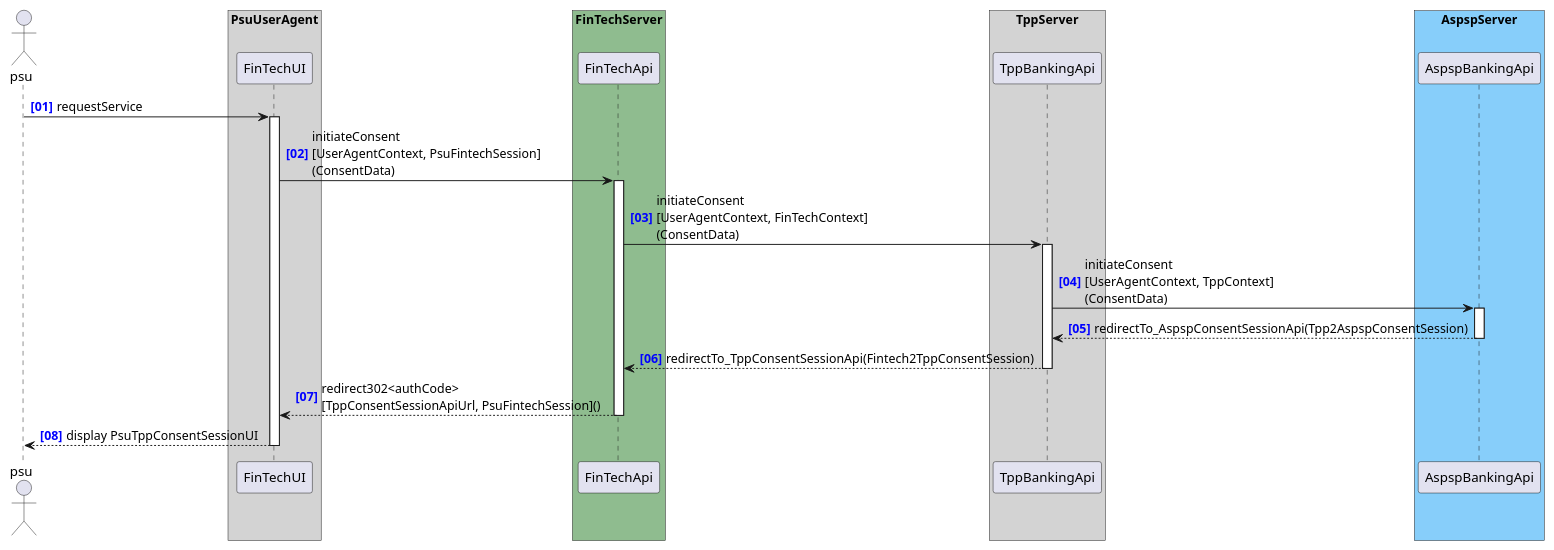
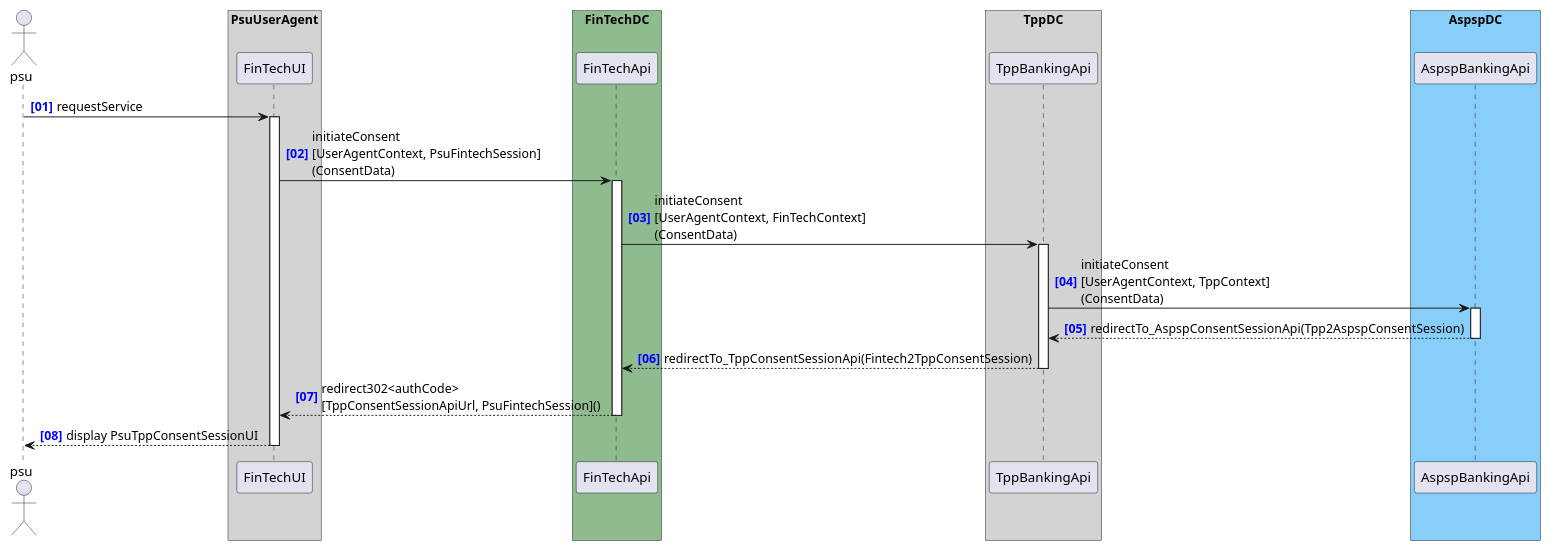
Before and after one commit to adorsys/open-banking-gateway: the diagram in docs/architecture/diagrams/consentSession/PsuInitConsent.puml, drawn with PlantUML. The commit also changed 9 other files, not shown here.

Commit message:
Added drawio diagram for big picture

```diff
--- a/docs/architecture/diagrams/consentSession/PsuInitConsent.puml
+++ b/docs/architecture/diagrams/consentSession/PsuInitConsent.puml
@@ -1,27 +1,27 @@
 @startuml
 
 autonumber "<b><color blue>[00]"
 actor psu
 
 box "PsuUserAgent" #LightGray
     participant "FinTechUI" as FinTechUI
 end box
-box "FinTechServer" #DarkSeaGreen
+box "FinTechDC" #DarkSeaGreen
     participant "FinTechApi" as FinTechApi
 end box
-box "TppServer" #LightGray
+box "TppDC" #LightGray
     participant "TppBankingApi" as TppBankingApi
 end box
-box "AspspServer" #LightSkyBlue
+box "AspspDC" #LightSkyBlue
     participant "AspspBankingApi" as AspspConsentSessionApi
 end box
 
 psu -> FinTechUI ++ : requestService
 FinTechUI -> FinTechApi ++ : initiateConsent\n[UserAgentContext, PsuFintechSession]\n(ConsentData)
 FinTechApi -> TppBankingApi ++ : initiateConsent\n[UserAgentContext, FinTechContext]\n(ConsentData)
 TppBankingApi -> AspspConsentSessionApi ++ : initiateConsent\n[UserAgentContext, TppContext]\n(ConsentData) 
 return redirectTo_AspspConsentSessionApi(Tpp2AspspConsentSession)
 return redirectTo_TppConsentSessionApi(Fintech2TppConsentSession)
 return redirect302<authCode>\n[TppConsentSessionApiUrl, PsuFintechSession]()
 return display PsuTppConsentSessionUI
 @enduml
```
